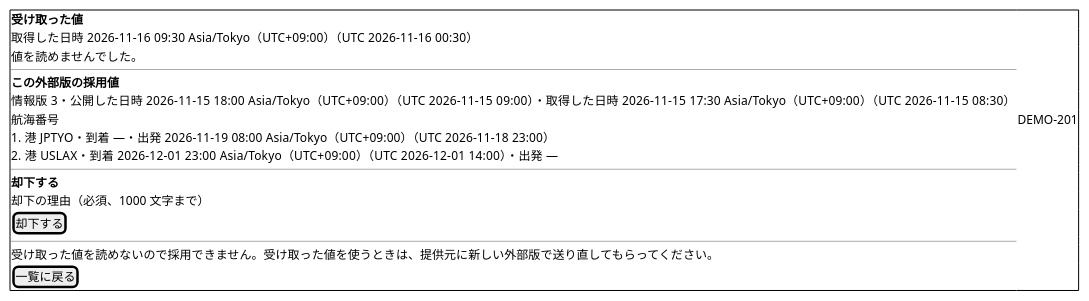
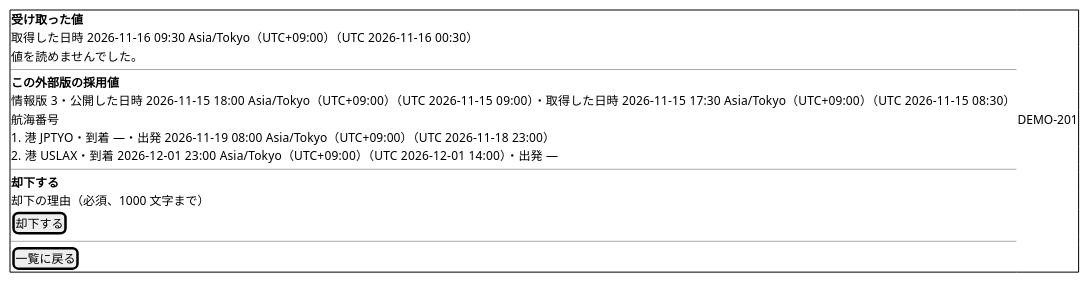
One commit to k2works/practical-domain-driven-design-in-enterpris-application changed the third of 4 diagrams in docs/development/cargo-tracker/bolt_39d3b_plan.md. Above: the diagram before and after it, drawn with PlantUML. The commit also changed other lines of this file and 2 other files, not shown here.

````diff
--- a/docs/development/cargo-tracker/bolt_39d3b_plan.md
+++ b/docs/development/cargo-tracker/bolt_39d3b_plan.md
@@ -314,22 +355,21 @@
 ```plantuml
 @startsalt
 {+
   <b>受け取った値
   取得した日時 2026-11-16 09:30 Asia/Tokyo（UTC+09:00）（UTC 2026-11-16 00:30）
   値を読めませんでした。
   --
   <b>この外部版の採用値
   情報版 3・公開した日時 2026-11-15 18:00 Asia/Tokyo（UTC+09:00）（UTC 2026-11-15 09:00）・取得した日時 2026-11-15 17:30 Asia/Tokyo（UTC+09:00）（UTC 2026-11-15 08:30）
   航海番号 | DEMO-201
   1. 港 JPTYO・到着 —・出発 2026-11-19 08:00 Asia/Tokyo（UTC+09:00）（UTC 2026-11-18 23:00）
   2. 港 USLAX・到着 2026-12-01 23:00 Asia/Tokyo（UTC+09:00）（UTC 2026-12-01 14:00）・出発 —
   --
   <b>却下する
   却下の理由（必須、1000 文字まで）
   [ 却下する ]
   --
-  受け取った値を読めないので採用できません。受け取った値を使うときは、提供元に新しい外部版で送り直してもらってください。
   [ 一覧に戻る ]
 }
 @endsalt
 ```
````
